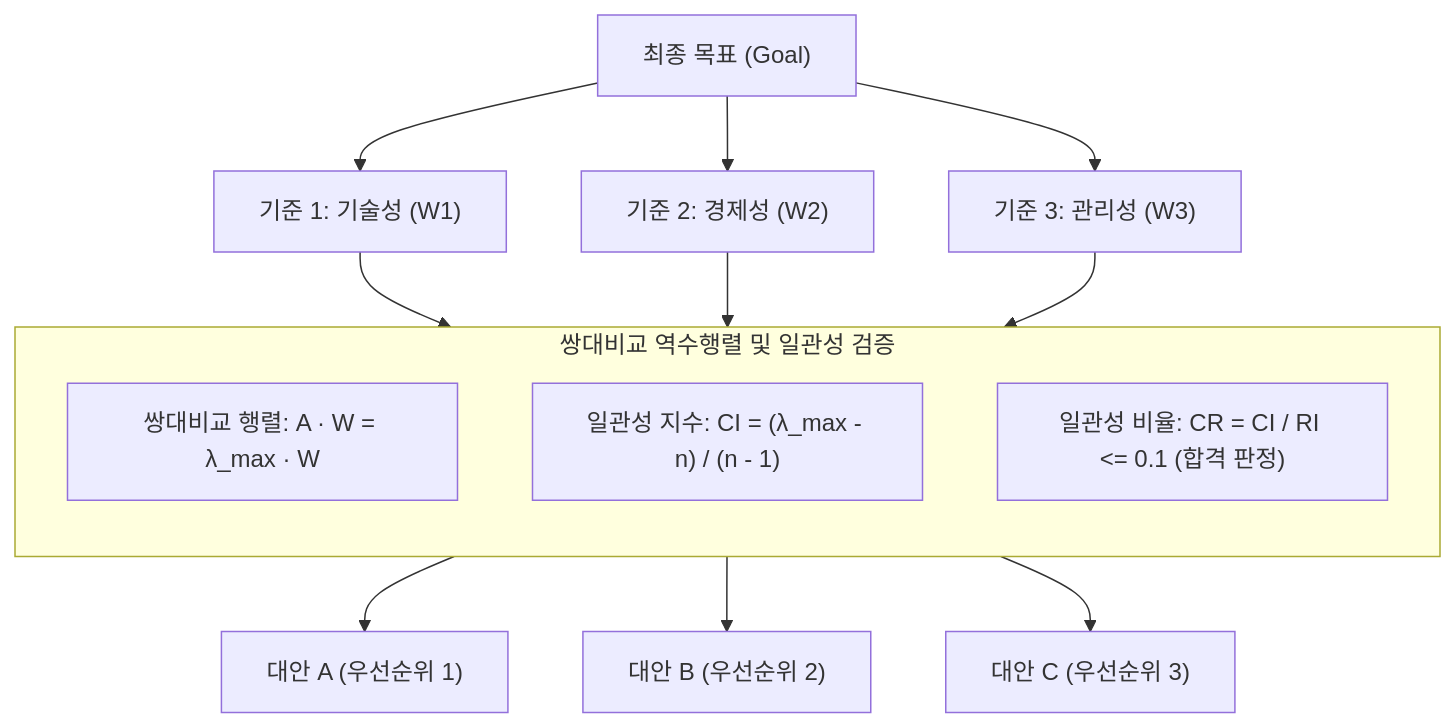
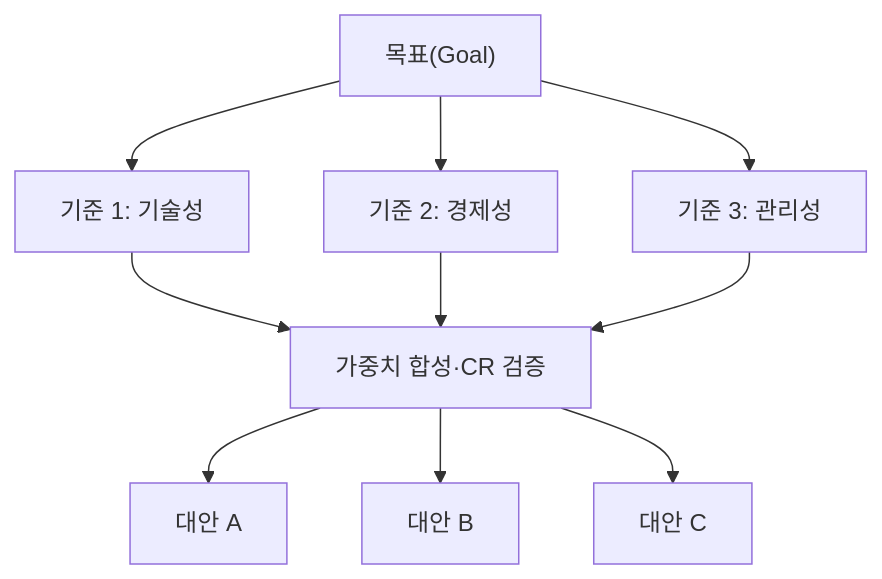
One commit to agnusdei1207/study changed the second of 3 diagrams in src/content/docs/notes/itpe/01-it-strategy/075_ahp.md. Above: the diagram before and after it, drawn with Mermaid. The commit also changed other lines of this file and 19 other files, not shown here.

````diff
--- a/src/content/docs/notes/itpe/01-it-strategy/075_ahp.md
+++ b/src/content/docs/notes/itpe/01-it-strategy/075_ahp.md
@@ -70,21 +65,14 @@
 ```mermaid
 flowchart TD
-    GOAL["최종 목표 (Goal)"] --> C1["기준 1: 기술성 (W1)"]
-    GOAL --> C2["기준 2: 경제성 (W2)"]
-    GOAL --> C3["기준 3: 관리성 (W3)"]
+    GOAL["목표(Goal)"] --> C1["기준 1: 기술성"]
+    GOAL --> C2["기준 2: 경제성"]
+    GOAL --> C3["기준 3: 관리성"]
 
-    subgraph MATH["쌍대비교 역수행렬 및 일관성 검증"]
-        direction TB
-        M1["쌍대비교 행렬: A · W = λ_max · W"]
-        M2["일관성 지수: CI = (λ_max - n) / (n - 1)"]
-        M3["일관성 비율: CR = CI / RI <= 0.1 (합격 판정)"]
-    end
+    C1 --> W["가중치 합성·CR 검증"]
+    C2 --> W
+    C3 --> W
 
-    C1 --> MATH
-    C2 --> MATH
-    C3 --> MATH
-
-    MATH --> A1["대안 A (우선순위 1)"]
-    MATH --> A2["대안 B (우선순위 2)"]
-    MATH --> A3["대안 C (우선순위 3)"]
+    W --> A1["대안 A"]
+    W --> A2["대안 B"]
+    W --> A3["대안 C"]
 ```
````
